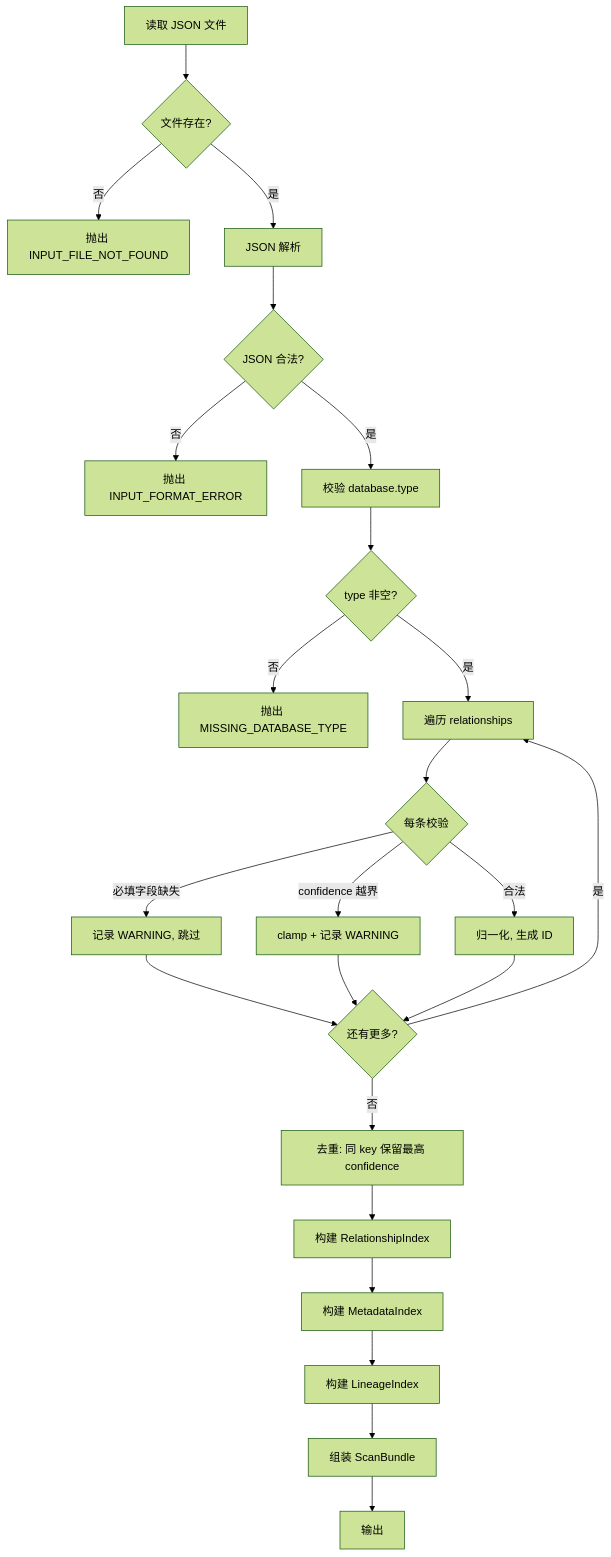
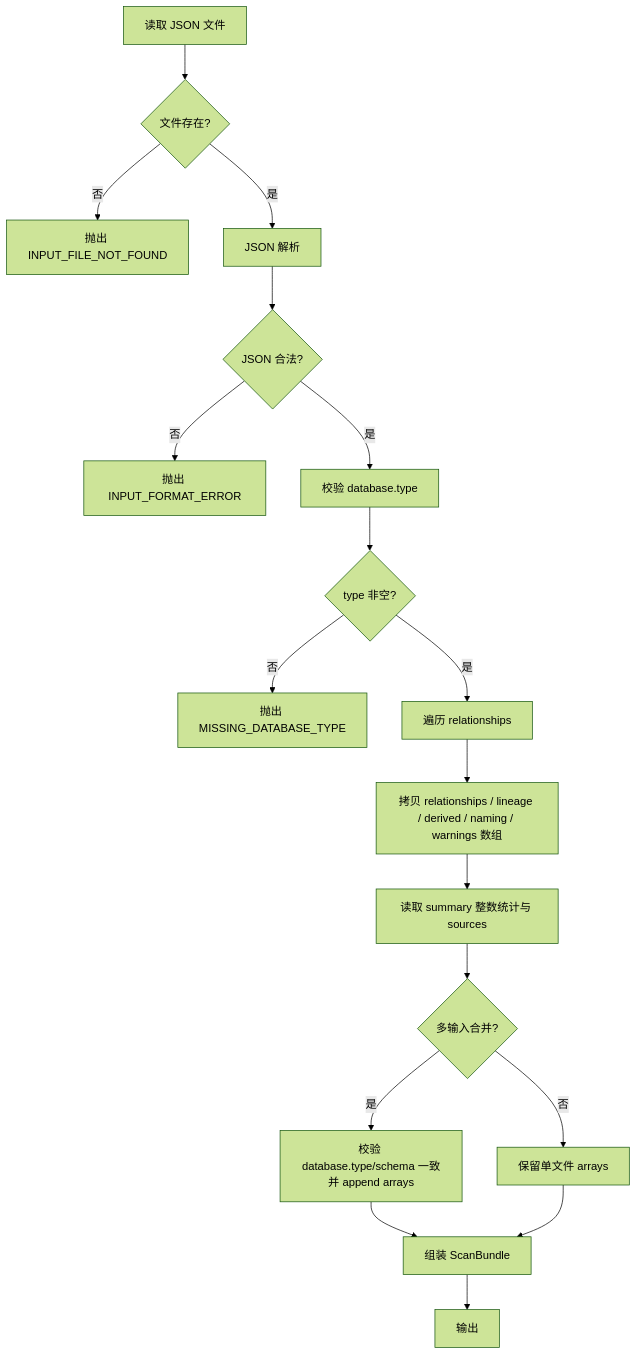
The first of 4 diagrams in docs/design/semantic-layer/01-scan-result-reader.md (xiaoguang/relation-detector), drawn with Mermaid (forest theme) before and after one commit. The commit also changed other lines of this file and 881 other files, not shown here.

````diff
--- a/docs/design/semantic-layer/01-scan-result-reader.md
+++ b/docs/design/semantic-layer/01-scan-result-reader.md
@@ -148,26 +148,20 @@
 ```mermaid
 flowchart TD
     A[读取 JSON 文件] --> B{文件存在?}
     B -- 否 --> E1[抛出 INPUT_FILE_NOT_FOUND]
     B -- 是 --> C[JSON 解析]
     C --> D{JSON 合法?}
     D -- 否 --> E2[抛出 INPUT_FORMAT_ERROR]
     D -- 是 --> F[校验 database.type]
     F --> G{type 非空?}
     G -- 否 --> E3[抛出 MISSING_DATABASE_TYPE]
     G -- 是 --> H[遍历 relationships]
-    H --> I{每条校验}
-    I -- 必填字段缺失 --> J[记录 WARNING, 跳过]
-    I -- confidence 越界 --> K[clamp + 记录 WARNING]
-    I -- 合法 --> L[归一化, 生成 ID]
-    J --> M{还有更多?}
-    K --> M
-    L --> M
-    M -- 是 --> H
-    M -- 否 --> N[去重: 同 key 保留最高 confidence]
-    N --> O[构建 RelationshipIndex]
-    O --> P[构建 MetadataIndex]
-    P --> Q[构建 LineageIndex]
-    Q --> R[组装 ScanBundle]
-    R --> S[输出]
+    H --> I[拷贝 relationships / lineage / derived / naming / warnings 数组]
+    I --> J[读取 summary 整数统计与 sources]
+    J --> K{多输入合并?}
+    K -- 是 --> L[校验 database.type/schema 一致并 append arrays]
+    K -- 否 --> M[保留单文件 arrays]
+    L --> N[组装 ScanBundle]
+    M --> N
+    N --> O[输出]
 ```
````
